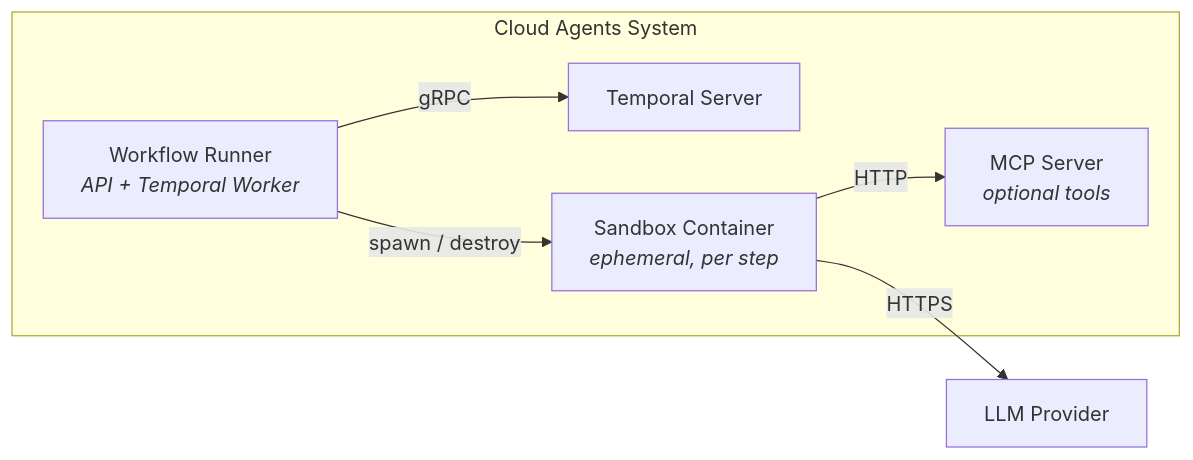
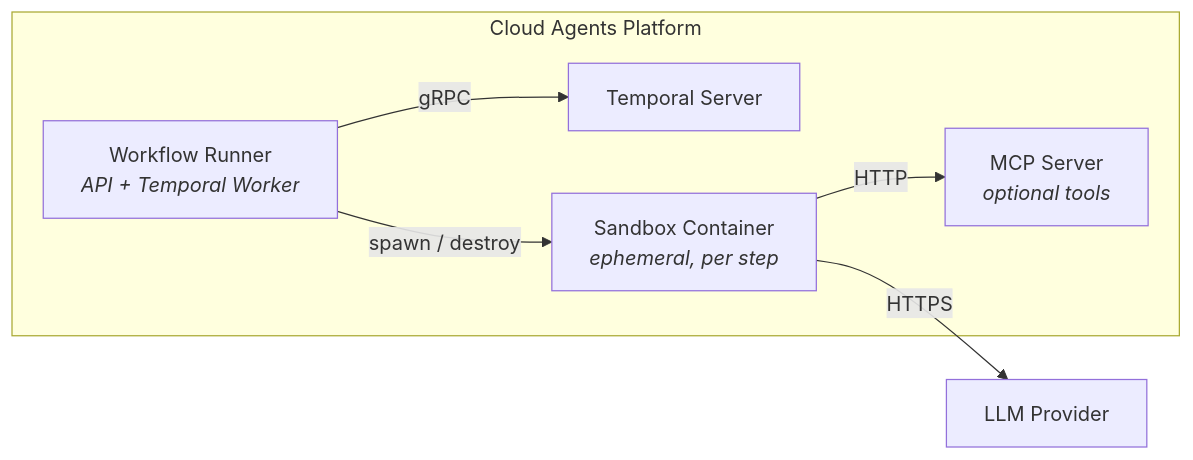
The diagram in README.md (jameswnl/lightspeed-cloud-agents), drawn with Mermaid before and after one commit. The commit also changed other lines of this file, not shown here.

````diff
--- a/README.md
+++ b/README.md
@@ -43,15 +43,15 @@
 ```mermaid
 graph LR
-    subgraph cluster["Cloud Agents System"]
+    subgraph cluster["Cloud Agents Platform"]
         WR["Workflow Runner<br/><i>API + Temporal Worker</i>"]
         TS["Temporal Server"]
         SB["Sandbox Container<br/><i>ephemeral, per step</i>"]
         MCP["MCP Server<br/><i>optional tools</i>"]
     end
     LLM["LLM Provider"]
 
     WR -- "gRPC" --> TS
     WR -- "spawn / destroy" --> SB
     SB -- "HTTPS" --> LLM
     SB -- "HTTP" --> MCP
 ```
````
